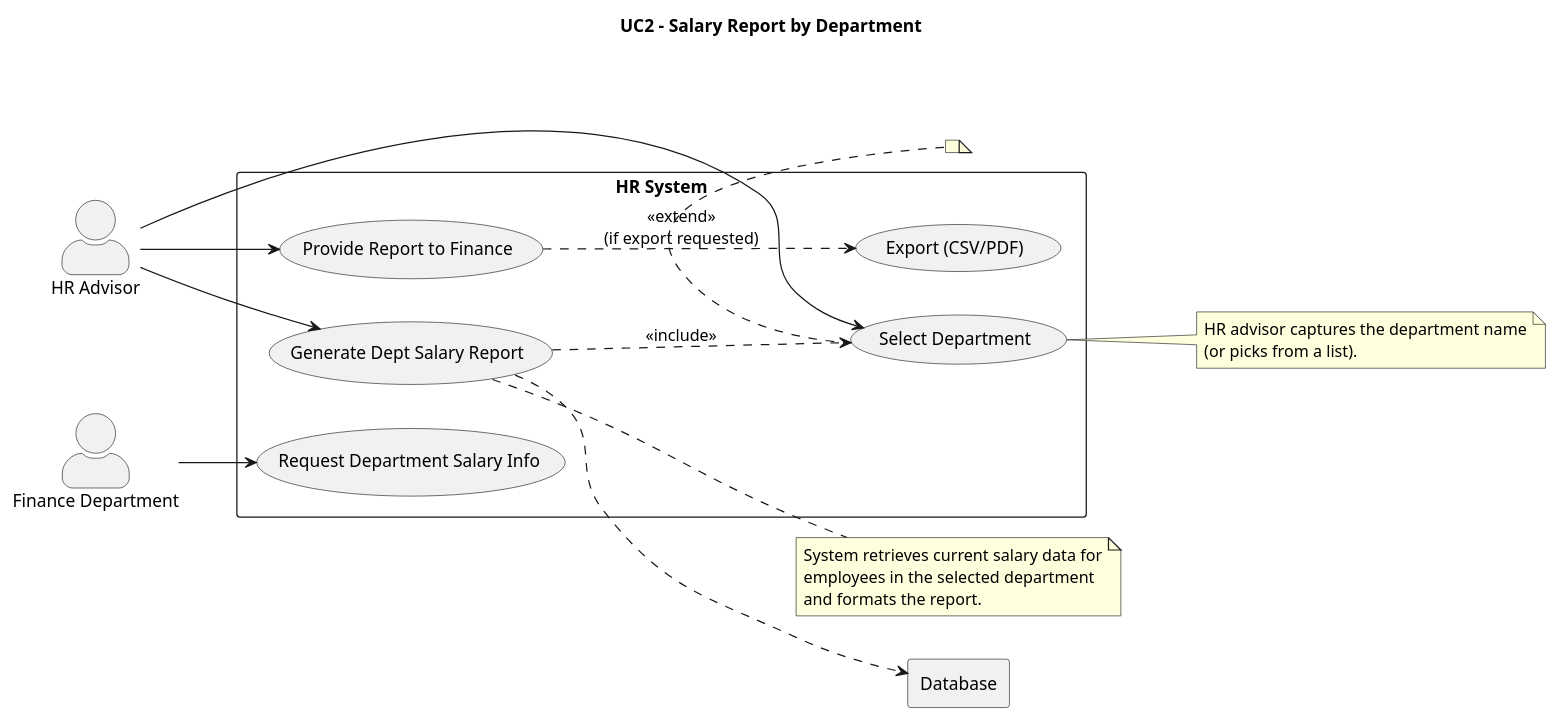
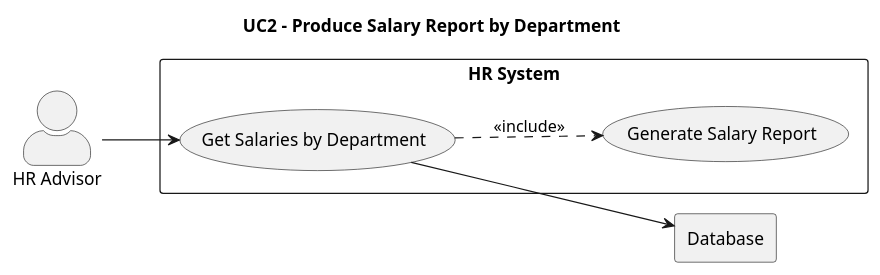
One commit to DuncanSamson/sem changed the diagram in use-cases/use-case-diagram/use-case2-diagram.puml. Above: the diagram before and after it, drawn with PlantUML.

Commit message:
Simplified use-case2 diagram for HR salary report by department feature

```diff
--- a/use-cases/use-case-diagram/use-case2-diagram.puml
+++ b/use-cases/use-case-diagram/use-case2-diagram.puml
@@ -1,52 +1,16 @@
 @startuml
-title UC2 – Salary Report by Department
-
+title UC2 – Produce Salary Report by Department
 left to right direction
 skinparam actorStyle awesome
 
-' Actors
 actor HR as "HR Advisor"
-actor Finance as "Finance Department"
-
-' External system
 rectangle Database
-
-' System boundary
 rectangle "HR System" {
-  usecase UC_Request as "Request Department Salary Info"
-  usecase UC_Select as "Select Department"
-  usecase UC_Generate as "Generate Dept Salary Report"
-  usecase UC_Provide as "Provide Report to Finance"
-  usecase UC_Export as "Export (CSV/PDF)"
+  usecase UC2 as "Get Salaries by Department"
+  usecase UC_Report as "Generate Salary Report"
 }
 
-' Actor interactions
-Finance --> UC_Request
-HR --> UC_Select
-HR --> UC_Generate
-HR --> UC_Provide
-
-' Use-case relationships
-UC_Generate ..> UC_Select : <<include>>
-UC_Provide ..> UC_Export : <<extend>>\n(if export requested)
-
-' Data access
-UC_Generate ..> Database
-
-' Notes to map to your text
-note right of UC_Select
-HR advisor captures the department name
-(or picks from a list).
-end note
-
-note right of UC_Generate
-System retrieves current salary data for
-employees in the selected department
-and formats the report.
-end note
-
-' Extension (dept not found)
-note bottom of UC_Select
-
-end note
+HR --> UC2
+UC2 ..> UC_Report : <<include>>
+UC2 --> Database
 @enduml
```
